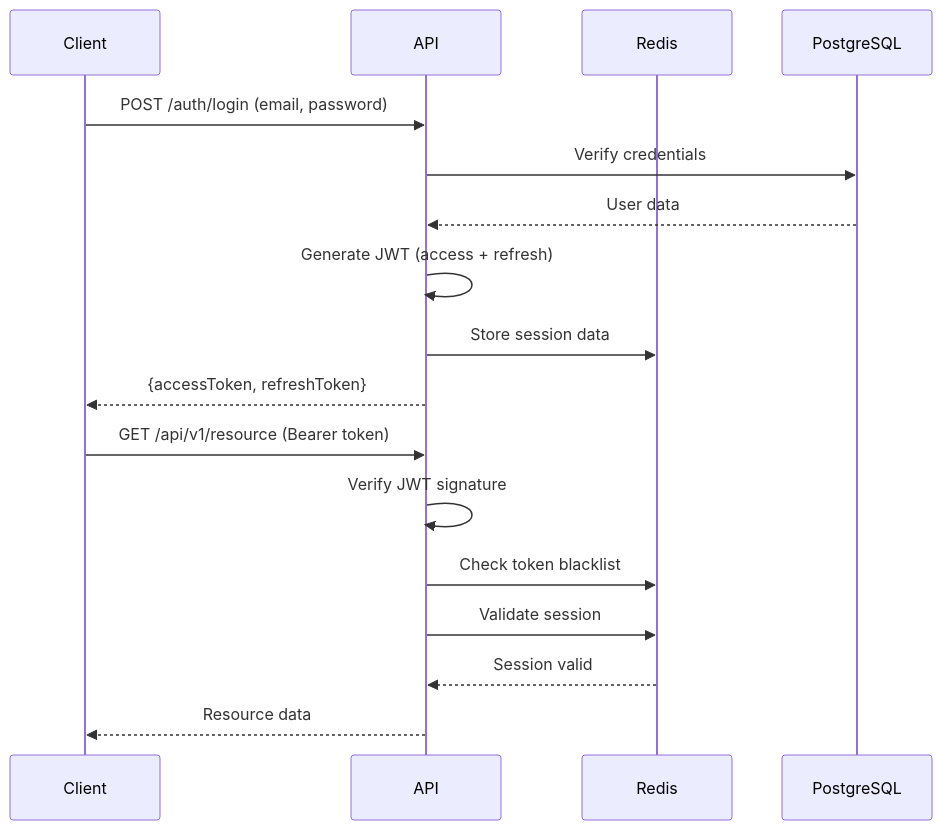
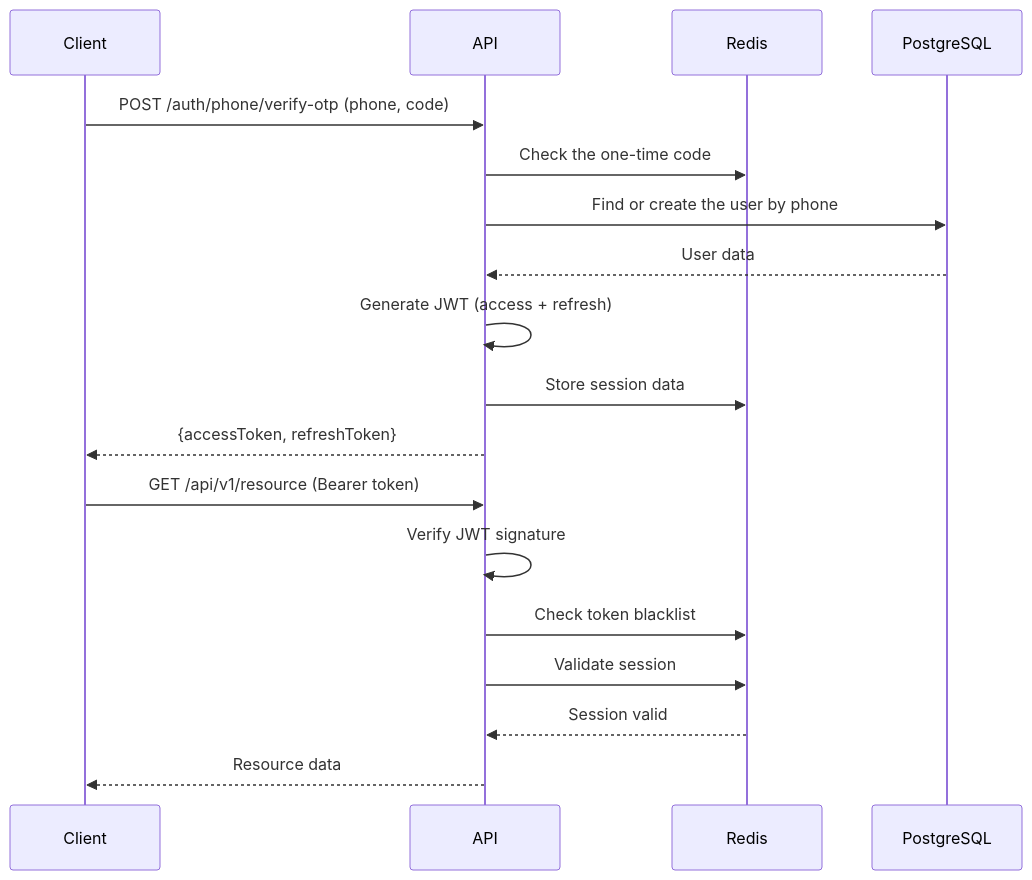
One commit to anjanamadushan610/Sribees-Online-Backend changed the third of 3 diagrams in docs/ARCHITECTURE.md. Above: the diagram before and after it, drawn with Mermaid. The commit also changed other lines of this file and 12 other files, not shown here.

First line of the commit message:
feat(auth)!: customers sign in by phone OTP, Google or Apple only

````diff
--- a/docs/ARCHITECTURE.md
+++ b/docs/ARCHITECTURE.md
@@ -732,21 +738,22 @@
 ```mermaid
 sequenceDiagram
     participant Client
     participant API
     participant Redis
     participant PostgreSQL
     
-    Client->>API: POST /auth/login (email, password)
-    API->>PostgreSQL: Verify credentials
+    Client->>API: POST /auth/phone/verify-otp (phone, code)
+    API->>Redis: Check the one-time code
+    API->>PostgreSQL: Find or create the user by phone
     PostgreSQL-->>API: User data
     API->>API: Generate JWT (access + refresh)
     API->>Redis: Store session data
     API-->>Client: {accessToken, refreshToken}
     
     Client->>API: GET /api/v1/resource (Bearer token)
     API->>API: Verify JWT signature
     API->>Redis: Check token blacklist
     API->>Redis: Validate session
     Redis-->>API: Session valid
     API-->>Client: Resource data
 ```
````
